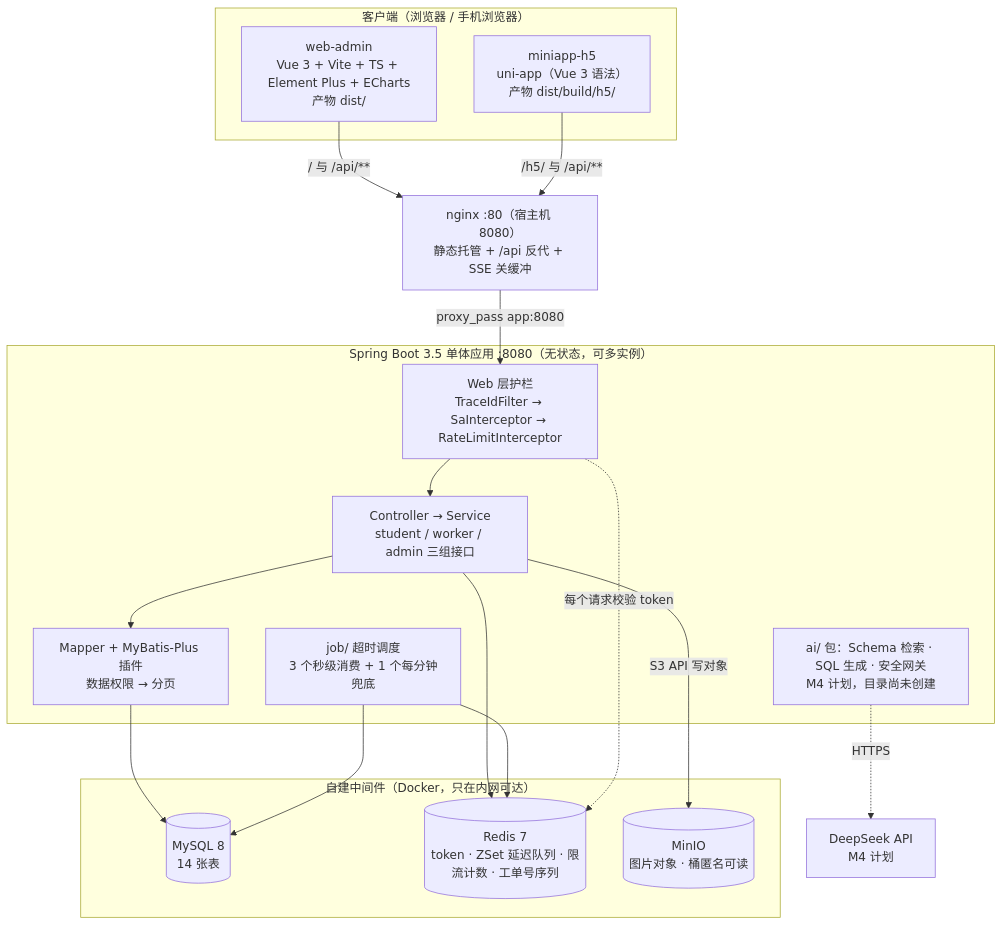
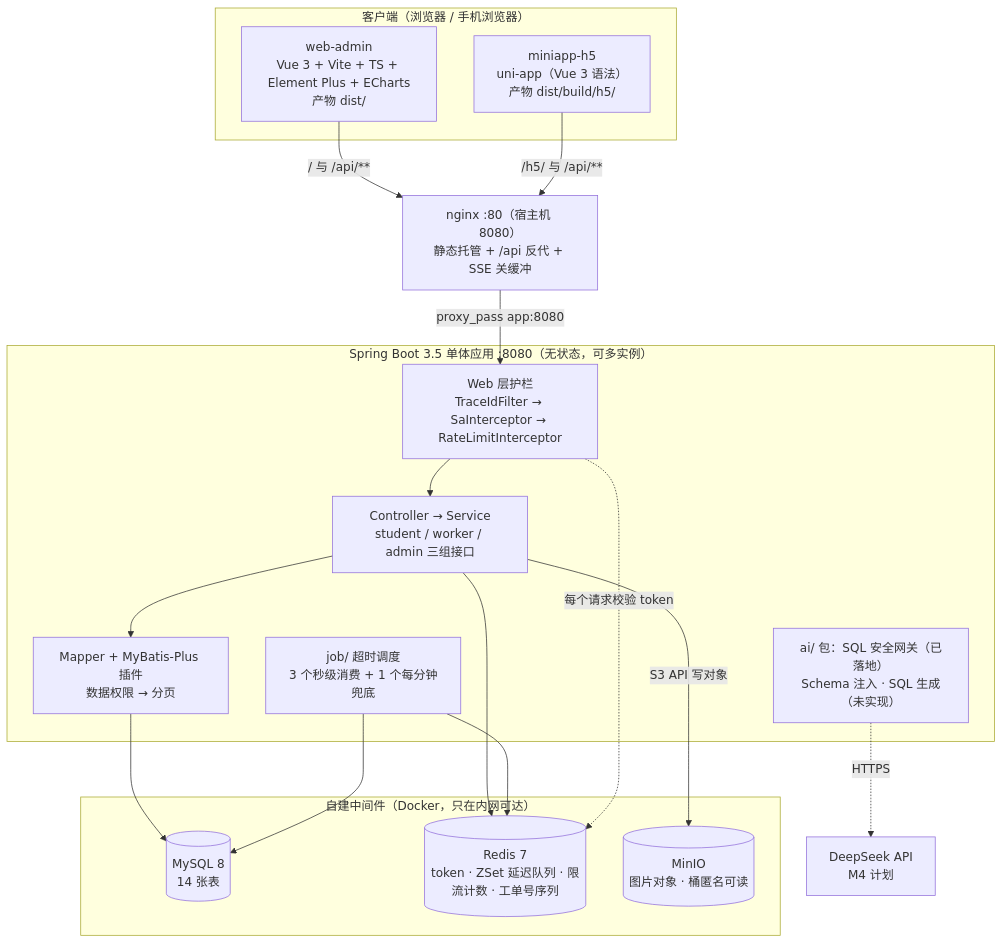
Before and after one commit to bluemalic/repair-platform: the second of 10 diagrams in docs/06-架构图.md, drawn with Mermaid. The commit also changed other lines of this file and 8 other files, not shown here.

First line of the commit message:
feat(ai): SQL 安全网关（ADR-003 第 2、3 层）——白名单校验 + 租户条件注入

````diff
--- a/docs/06-架构图.md
+++ b/docs/06-架构图.md
@@ -76,38 +76,38 @@
 ```mermaid
 flowchart TB
     subgraph client["客户端（浏览器 / 手机浏览器）"]
         adminApp["web-admin<br/>Vue 3 + Vite + TS + Element Plus + ECharts<br/>产物 dist/"]
         h5App["miniapp-h5<br/>uni-app（Vue 3 语法）<br/>产物 dist/build/h5/"]
     end
 
     nginx["nginx :80（宿主机 8080）<br/>静态托管 + /api 反代 + SSE 关缓冲"]
 
     subgraph boot["Spring Boot 3.5 单体应用 :8080（无状态，可多实例）"]
         guard["Web 层护栏<br/>TraceIdFilter → SaInterceptor → RateLimitInterceptor"]
         biz["Controller → Service<br/>student / worker / admin 三组接口"]
         orm["Mapper + MyBatis-Plus 插件<br/>数据权限 → 分页"]
         sched["job/ 超时调度<br/>3 个秒级消费 + 1 个每分钟兜底"]
-        aiPkg["ai/ 包：Schema 检索 · SQL 生成 · 安全网关<br/>M4 计划，目录尚未创建"]
+        aiPkg["ai/ 包：SQL 安全网关（已落地）<br/>Schema 注入 · SQL 生成（未实现）"]
     end
 
     subgraph infra["自建中间件（Docker，只在内网可达）"]
         mysql[("MySQL 8<br/>14 张表")]
         redis[("Redis 7<br/>token · ZSet 延迟队列 · 限流计数 · 工单号序列")]
         minio[("MinIO<br/>图片对象 · 桶匿名可读")]
     end
 
     deepseek["DeepSeek API<br/>M4 计划"]
 
     adminApp -->|"/ 与 /api/**"| nginx
     h5App -->|"/h5/ 与 /api/**"| nginx
     nginx -->|"proxy_pass app:8080"| guard
     guard --> biz
     biz --> orm
     orm --> mysql
     biz --> redis
     biz -->|"S3 API 写对象"| minio
     sched --> redis
     sched --> mysql
     guard -.->|"每个请求校验 token"| redis
     aiPkg -.->|"HTTPS"| deepseek
 ```
````
